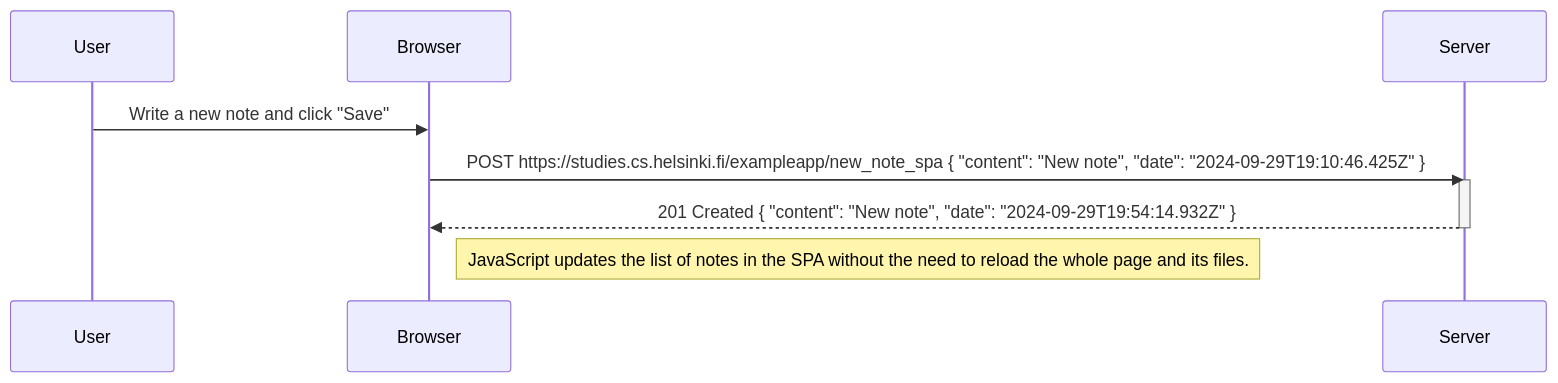
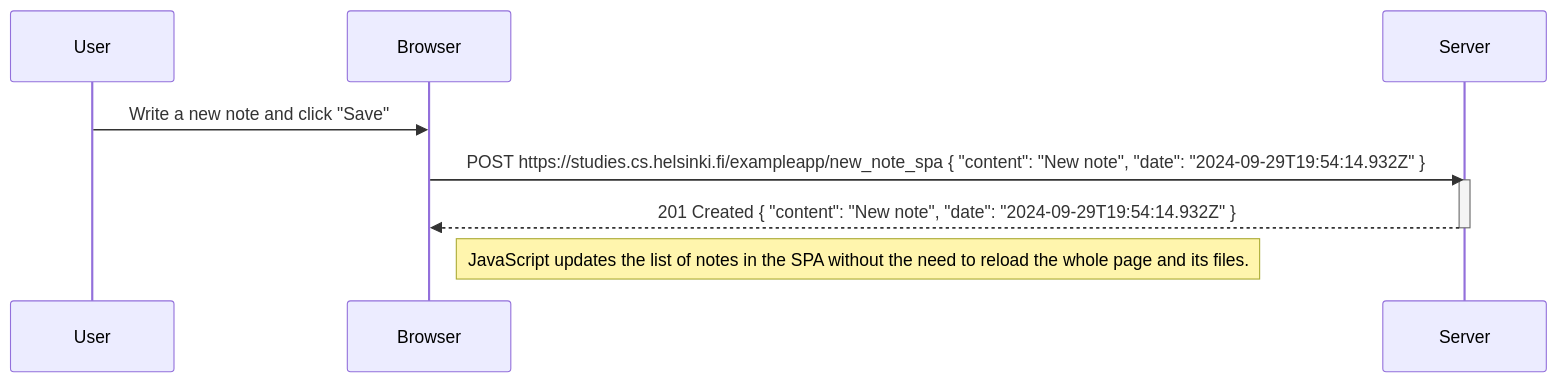
One commit to camazog1/Full-Stack---Open-University changed the diagram in Part0/0.6 New note on single-page application diagram/NoteCreationSPA.md. Above: the diagram before and after it, drawn with Mermaid.

Commit message:
0.6 New note on single-page application diagram

````diff
--- a/Part0/0.6 New note on single-page application diagram/NoteCreationSPA.md
+++ b/Part0/0.6 New note on single-page application diagram/NoteCreationSPA.md
@@ -1,14 +1,14 @@
 ```mermaid
 sequenceDiagram
     participant User
     participant Browser
     participant Server
 
     User->>Browser: Write a new note and click "Save"
-    Browser->>Server: POST https://studies.cs.helsinki.fi/exampleapp/new_note_spa { "content": "New note", "date": "2024-09-29T19:10:46.425Z" }
+    Browser->>Server: POST https://studies.cs.helsinki.fi/exampleapp/new_note_spa { "content": "New note", "date": "2024-09-29T19:54:14.932Z" }
     activate Server
     Server-->>Browser: 201 Created { "content": "New note", "date": "2024-09-29T19:54:14.932Z" }
     deactivate Server
 
     Note right of Browser: JavaScript updates the list of notes in the SPA without the need to reload the whole page and its files.
 ```
````
